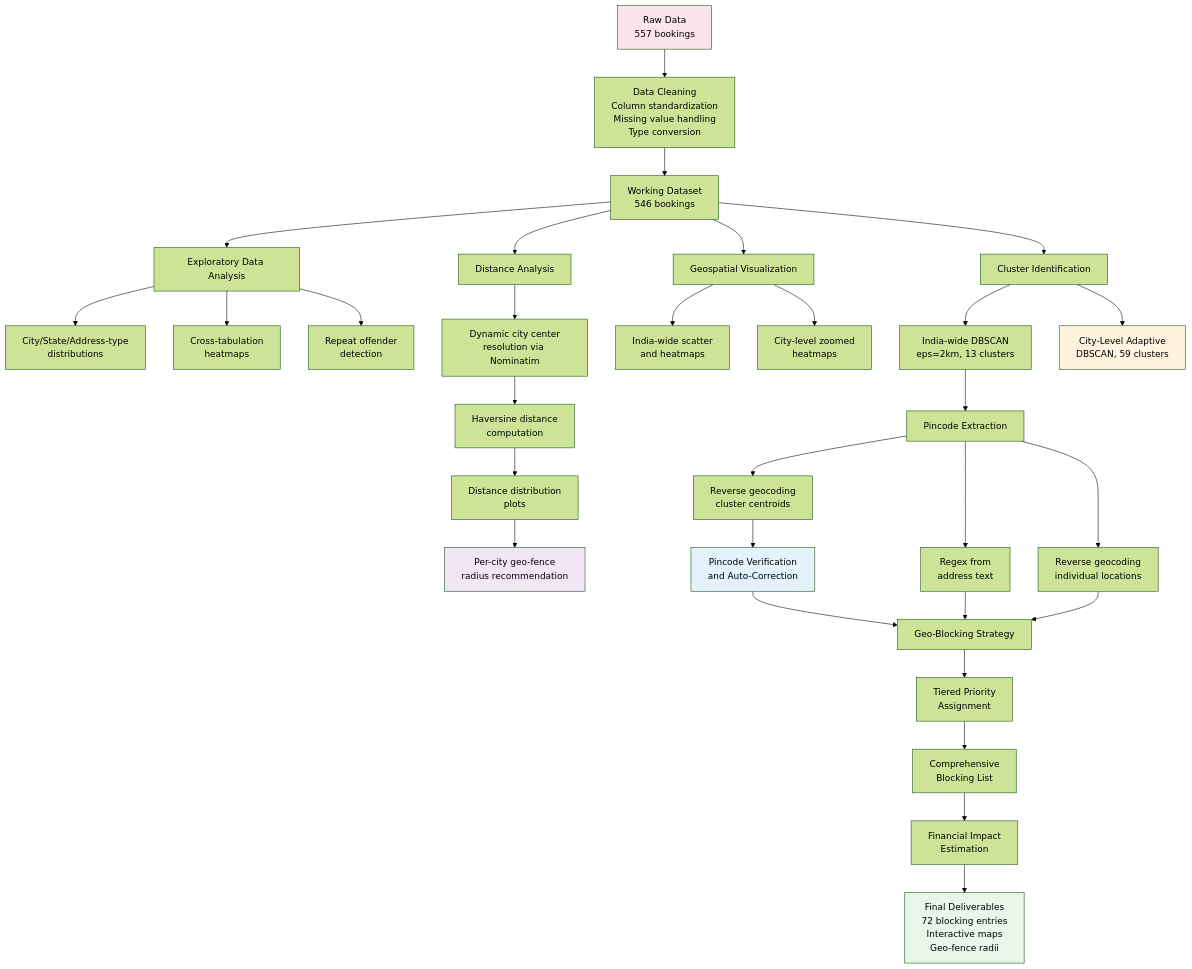
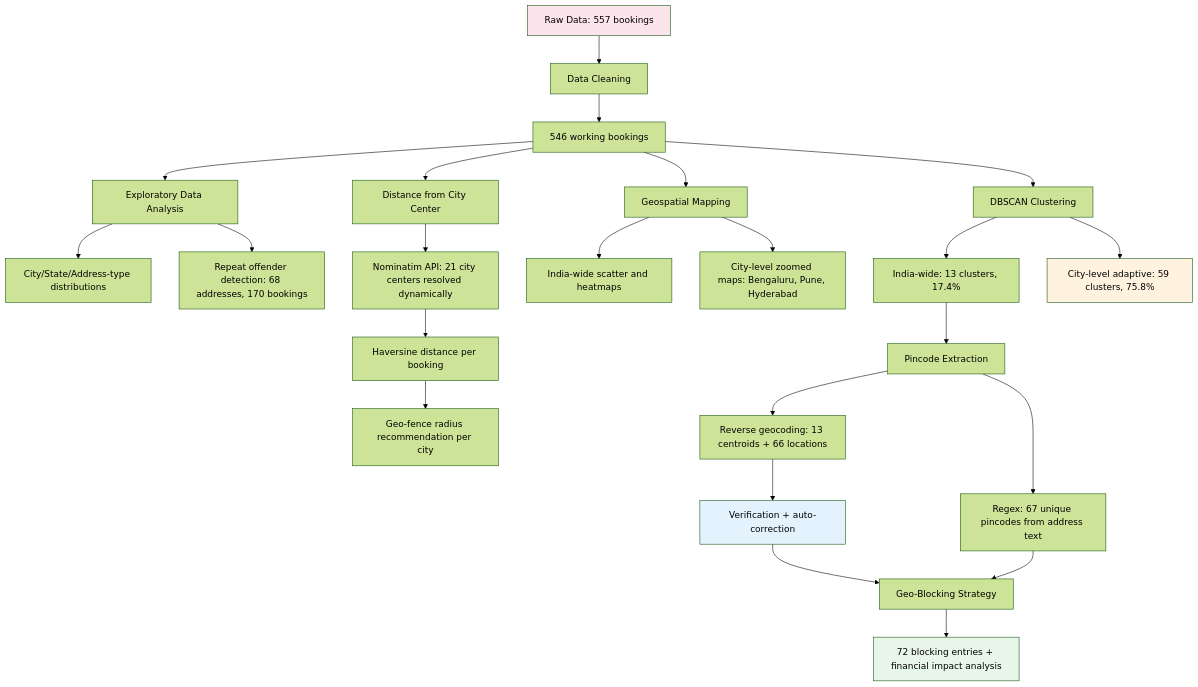
The first of 5 diagrams in README.md (Raakshass/oox-outskirt-geoblocking-analysis), drawn with Mermaid (forest theme) before and after one commit. The commit also changed other lines of this file and 7 other files, not shown here.

Commit message:
Clean repo: only final notebook, data, and README with Colab link

````diff
--- a/README.md
+++ b/README.md
@@ -75,45 +36,36 @@
 ```mermaid
 flowchart TD
-    A["Raw Data<br/>557 bookings"] --> B["Data Cleaning<br/>Column standardization<br/>Missing value handling<br/>Type conversion"]
-    B --> C["Working Dataset<br/>546 bookings"]
+    A["Raw Data: 557 bookings"] --> B["Data Cleaning"]
+    B --> C["546 working bookings"]
     C --> D["Exploratory Data Analysis"]
-    C --> E["Distance Analysis"]
-    C --> F["Geospatial Visualization"]
-    C --> G["Cluster Identification"]
+    C --> E["Distance from City Center"]
+    C --> F["Geospatial Mapping"]
+    C --> G["DBSCAN Clustering"]
 
-    D --> D1["City/State/Address-type<br/>distributions"]
-    D --> D2["Cross-tabulation<br/>heatmaps"]
-    D --> D3["Repeat offender<br/>detection"]
+    D --> D1["City/State/Address-type distributions"]
+    D --> D2["Repeat offender detection: 68 addresses, 170 bookings"]
 
-    E --> E1["Dynamic city center<br/>resolution via Nominatim"]
-    E1 --> E2["Haversine distance<br/>computation"]
-    E2 --> E3["Distance distribution<br/>plots"]
-    E3 --> E4["Per-city geo-fence<br/>radius recommendation"]
+    E --> E1["Nominatim API: 21 city centers resolved dynamically"]
+    E1 --> E2["Haversine distance per booking"]
+    E2 --> E3["Geo-fence radius recommendation per city"]
 
-    F --> F1["India-wide scatter<br/>and heatmaps"]
-    F --> F2["City-level zoomed<br/>heatmaps"]
+    F --> F1["India-wide scatter and heatmaps"]
+    F --> F2["City-level zoomed maps: Bengaluru, Pune, Hyderabad"]
 
-    G --> G1["India-wide DBSCAN<br/>eps=2km, 13 clusters"]
-    G --> G2["City-Level Adaptive<br/>DBSCAN, 59 clusters"]
+    G --> G1["India-wide: 13 clusters, 17.4%"]
+    G --> G2["City-level adaptive: 59 clusters, 75.8%"]
 
     G1 --> H["Pincode Extraction"]
-    H --> H1["Regex from<br/>address text"]
-    H --> H2["Reverse geocoding<br/>cluster centroids"]
-    H --> H3["Reverse geocoding<br/>individual locations"]
-    H2 --> H4["Pincode Verification<br/>and Auto-Correction"]
+    H --> H1["Regex: 67 unique pincodes from address text"]
+    H --> H2["Reverse geocoding: 13 centroids + 66 locations"]
+    H2 --> H3["Verification + auto-correction"]
 
-    H4 --> I["Geo-Blocking Strategy"]
+    H3 --> I["Geo-Blocking Strategy"]
     H1 --> I
-    H3 --> I
-
-    I --> I1["Tiered Priority<br/>Assignment"]
-    I1 --> I2["Comprehensive<br/>Blocking List"]
-    I2 --> I3["Financial Impact<br/>Estimation"]
-    I3 --> J["Final Deliverables<br/>72 blocking entries<br/>Interactive maps<br/>Geo-fence radii"]
+    I --> J["72 blocking entries + financial impact analysis"]
 
     style A fill:#fce4ec
     style J fill:#e8f5e9
     style G2 fill:#fff3e0
-    style H4 fill:#e3f2fd
-    style E4 fill:#f3e5f5
+    style H3 fill:#e3f2fd
 ```
````
